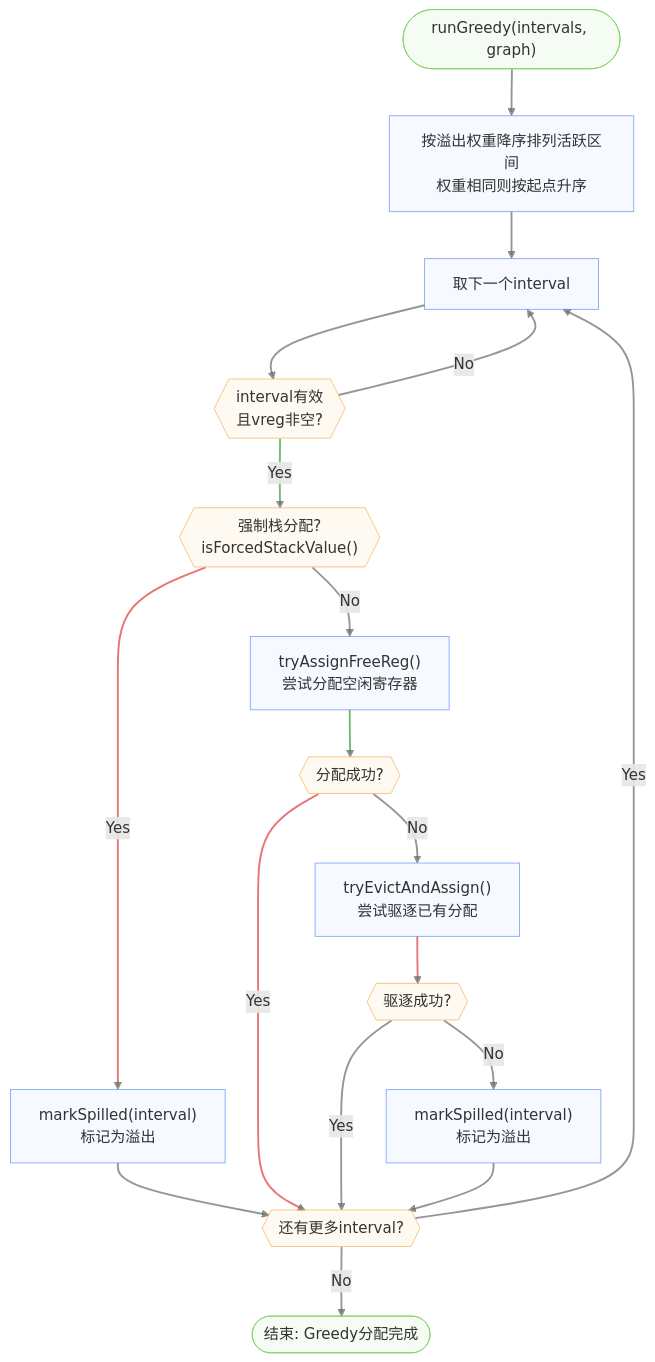
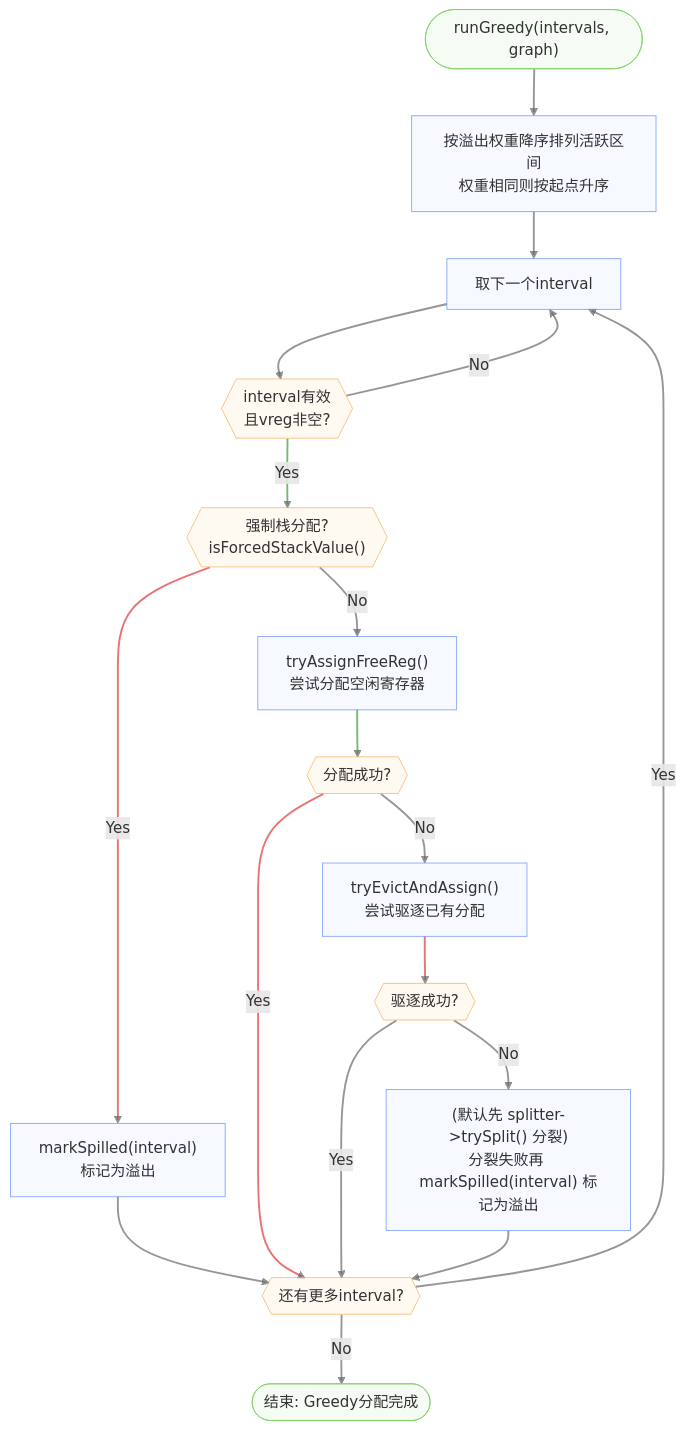
One commit to LLLLLLLLazy/compiler-lite changed the fifth of 7 diagrams in docs/backend-regalloc.md. Above: the diagram before and after it, drawn with Mermaid. The commit also changed other lines of this file and 9 other files, not shown here.

````diff
--- a/docs/backend-regalloc.md
+++ b/docs/backend-regalloc.md
@@ -126,39 +126,39 @@
 ```mermaid
 flowchart TD
     Start(["runGreedy(intervals, graph)"]) --> Sort["按溢出权重降序排列活跃区间<br>权重相同则按起点升序"]
     Sort --> NextIter["取下一个interval"]
     NextIter --> ValidCheck{{"interval有效<br>且vreg非空?"}}
     ValidCheck -- "No" --> NextIter
     ValidCheck -- "Yes" --> ForcedCheck{{"强制栈分配?<br>isForcedStackValue()"}}
 
     ForcedCheck -- "Yes" --> Spill["markSpilled(interval)<br>标记为溢出"]
     Spill --> MoreCheck
 
     ForcedCheck -- "No" --> TryFree["tryAssignFreeReg()<br>尝试分配空闲寄存器"]
     TryFree --> FreeOk{{"分配成功?"}}
 
     FreeOk -- "Yes" --> MoreCheck{{"还有更多interval?"}}
     FreeOk -- "No" --> TryEvict["tryEvictAndAssign()<br>尝试驱逐已有分配"]
     TryEvict --> EvictOk{{"驱逐成功?"}}
 
     EvictOk -- "Yes" --> MoreCheck
-    EvictOk -- "No" --> Spill2["markSpilled(interval)<br>标记为溢出"]
+    EvictOk -- "No" --> Spill2["(默认先 splitter->trySplit() 分裂)<br>分裂失败再 markSpilled(interval) 标记为溢出"]
     Spill2 --> MoreCheck
 
     MoreCheck -- "Yes" --> NextIter
     MoreCheck -- "No" --> End(["结束: Greedy分配完成"])
 
     %%Node styles
     classDef default fill:#E2EAFE4F,stroke:#5A88F6AF
     classDef endNode fill:#DDF4D84F,stroke:#7DCF62AF
     classDef decisionNode fill:#FCEBD34f,stroke:#F6AA4BAF
 
     %%Link styles
     linkStyle default stroke:#666666AF,stroke-width:2px
     linkStyle 4,8 stroke:#339933AF,stroke-width:2px
     linkStyle 5,9,11 stroke:#DD3333AF,stroke-width:2px
 
     %%Node classes
     class Start,End endNode
     class ValidCheck,ForcedCheck,FreeOk,EvictOk,MoreCheck decisionNode
 ```
````
